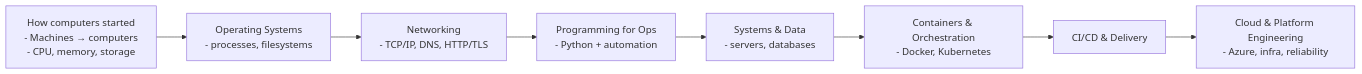
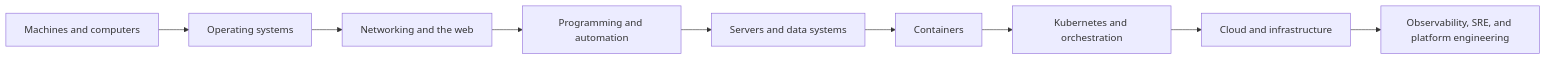
One commit to Goutham4OS/Devops changed the first of 2 diagrams in roadmap.md. Above: the diagram before and after it, drawn with Mermaid. The commit also changed other lines of this file and 34 other files, not shown here.

````diff
--- a/roadmap.md
+++ b/roadmap.md
@@ -7,18 +9,11 @@
 ```mermaid
 flowchart LR
-    A[How computers started
-- Machines → computers
-- CPU, memory, storage] --> B[Operating Systems
-- processes, filesystems]
-    B --> C[Networking
-- TCP/IP, DNS, HTTP/TLS]
-    C --> D[Programming for Ops
-- Python + automation]
-    D --> E[Systems & Data
-- servers, databases]
-    E --> F[Containers & Orchestration
-- Docker, Kubernetes]
-    F --> G[CI/CD & Delivery]
-    G --> H[Cloud & Platform Engineering
-- Azure, infra, reliability]
+    A[Machines and computers] --> B[Operating systems]
+    B --> C[Networking and the web]
+    C --> D[Programming and automation]
+    D --> E[Servers and data systems]
+    E --> F[Containers]
+    F --> G[Kubernetes and orchestration]
+    G --> H[Cloud and infrastructure]
+    H --> I[Observability, SRE, and platform engineering]
 ```
````
